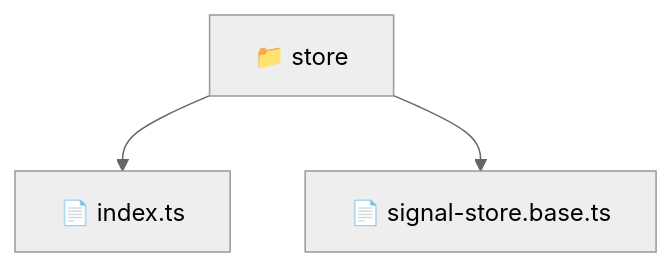
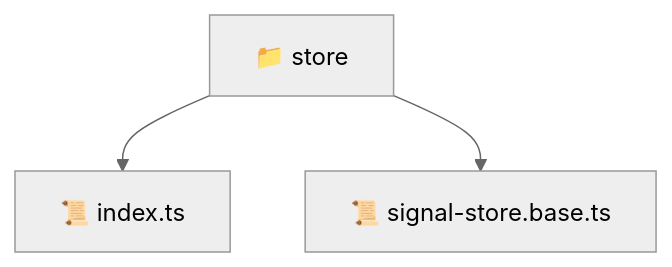
Before and after one commit to beginwebdev2002/fullstack-mavluda: the diagram in frontend/src/shared/store/README.md, drawn with Mermaid (neutral theme). The commit also changed other lines of this file and 163 other files, not shown here.

````diff
--- a/frontend/src/shared/store/README.md
+++ b/frontend/src/shared/store/README.md
@@ -11,6 +11,6 @@
 ```mermaid
 graph TD
-  Root["📁 store"]
-  Root --> index_ts["📄 index.ts"]
-  Root --> signal_store_base_ts["📄 signal-store.base.ts"]
+  store["📁 store"]
+  store --> index_ts["📜 index.ts"]
+  store --> signal_store_base_ts["📜 signal-store.base.ts"]
 ```
````
